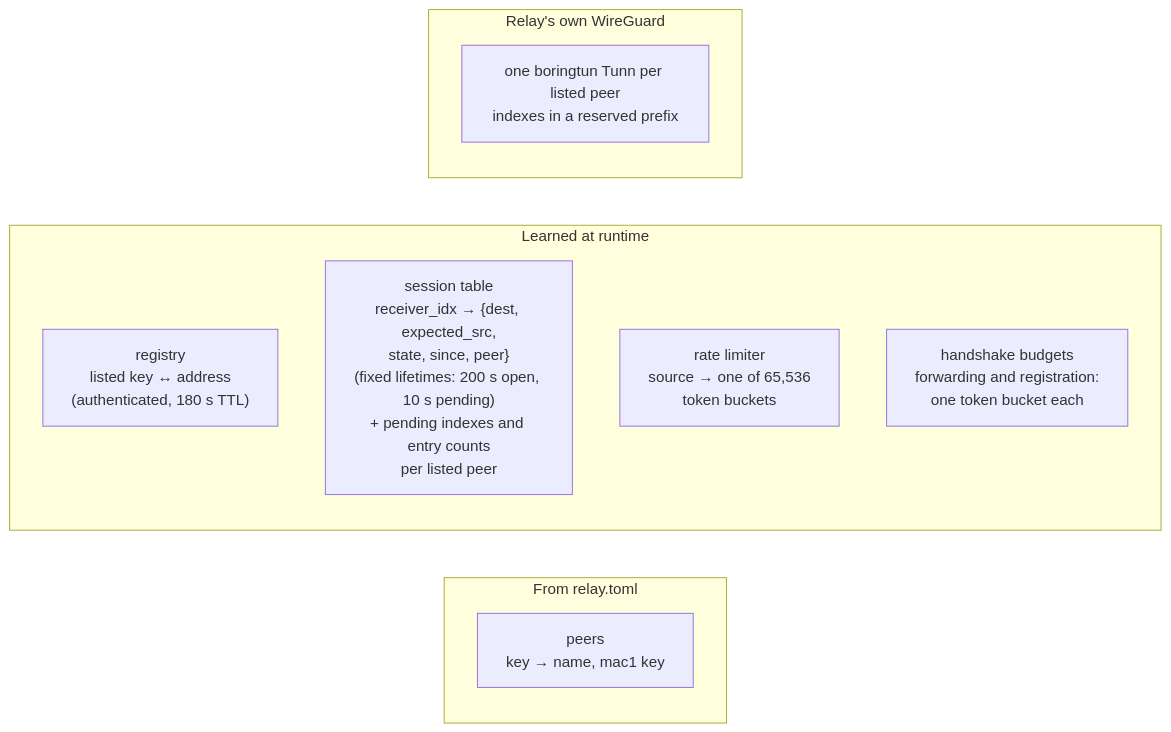
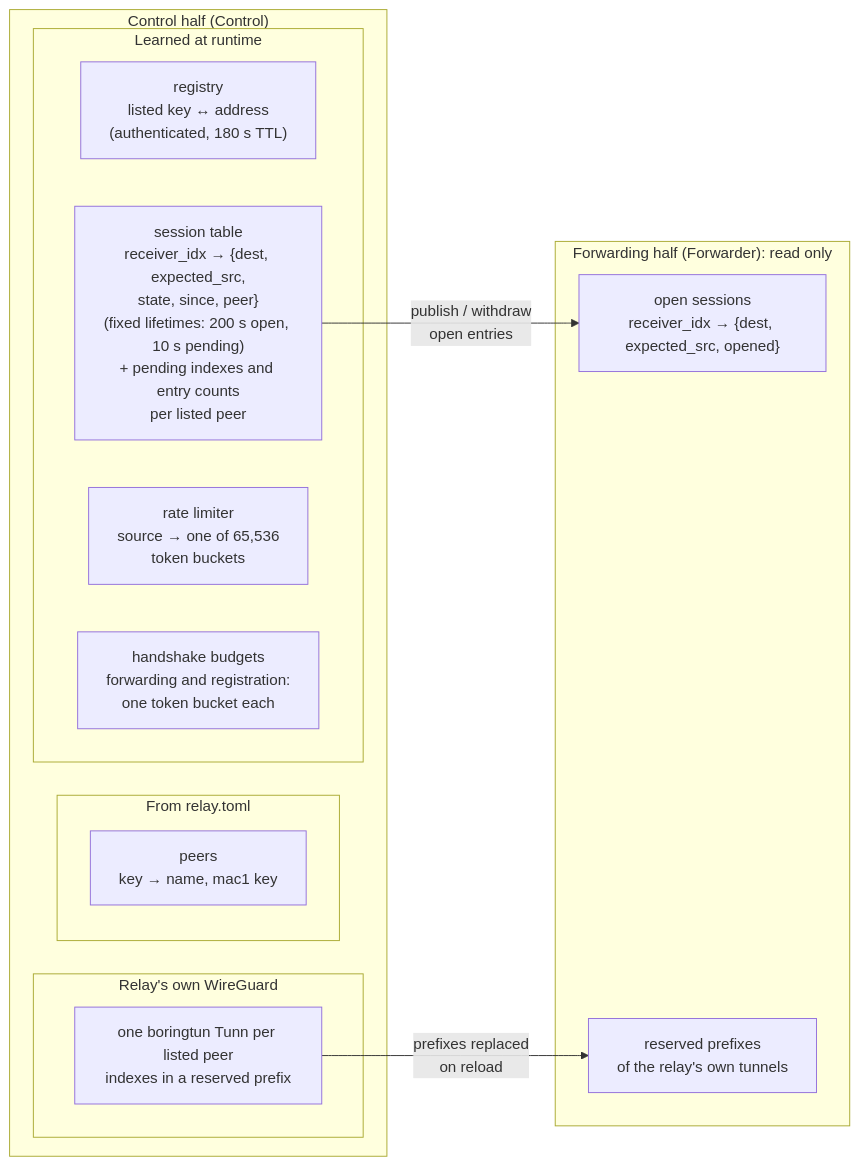
Before and after one commit to 3alpha/wg-relay: the eighth of 22 diagrams in docs/how-it-works.md, drawn with Mermaid. The commit also changed other lines of this file and 22 other files, not shown here.

First line of the commit message:
refactor(relay): split control from forwarding and break up tables

````diff
--- a/docs/how-it-works.md
+++ b/docs/how-it-works.md
@@ -299,15 +306,23 @@
 ```mermaid
 flowchart LR
-    subgraph cfg["From relay.toml"]
-        P["peers<br/>key → name, mac1 key"]
+    subgraph fwd["Forwarding half (Forwarder): read only"]
+        OPEN["open sessions<br/>receiver_idx → {dest, expected_src, opened}"]
+        RES["reserved prefixes<br/>of the relay's own tunnels"]
     end
-    subgraph learned_state["Learned at runtime"]
-        REG["registry<br/>listed key ↔ address<br/>(authenticated, 180 s TTL)"]
-        SES["session table<br/>receiver_idx → {dest, expected_src,<br/>state, since, peer}<br/>(fixed lifetimes: 200 s open, 10 s pending)<br/>+ pending indexes and entry counts<br/>per listed peer"]
-        RL["rate limiter<br/>source → one of 65,536<br/>token buckets"]
-        BUD["handshake budgets<br/>forwarding and registration:<br/>one token bucket each"]
+    subgraph ctl["Control half (Control)"]
+        subgraph cfg["From relay.toml"]
+            P["peers<br/>key → name, mac1 key"]
+        end
+        subgraph learned_state["Learned at runtime"]
+            REG["registry<br/>listed key ↔ address<br/>(authenticated, 180 s TTL)"]
+            SES["session table<br/>receiver_idx → {dest, expected_src,<br/>state, since, peer}<br/>(fixed lifetimes: 200 s open, 10 s pending)<br/>+ pending indexes and entry counts<br/>per listed peer"]
+            RL["rate limiter<br/>source → one of 65,536<br/>token buckets"]
+            BUD["handshake budgets<br/>forwarding and registration:<br/>one token bucket each"]
+        end
+        subgraph tunnels["Relay's own WireGuard"]
+            T["one boringtun Tunn per listed peer<br/>indexes in a reserved prefix"]
+        end
     end
-    subgraph tunnels["Relay's own WireGuard"]
-        T["one boringtun Tunn per listed peer<br/>indexes in a reserved prefix"]
-    end
+    SES -- "publish / withdraw<br/>open entries" --> OPEN
+    T -- "prefixes replaced<br/>on reload" --> RES
 ```
````
